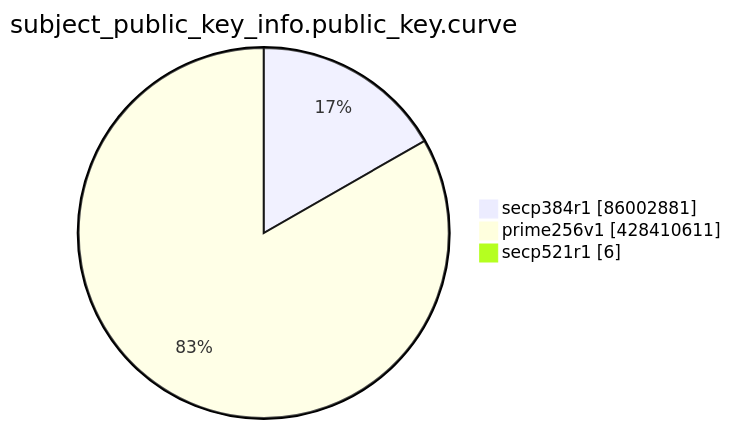
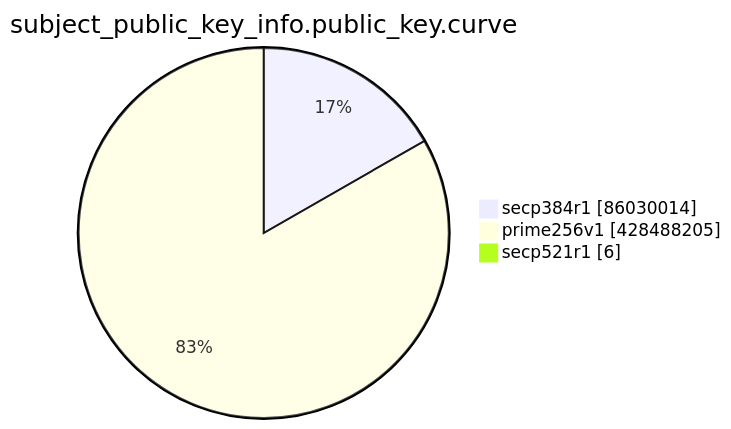
Before and after one commit to christiankrug/ctmonitor_visualization: the eighth of 15 diagrams in TOTAL/README.md, drawn with Mermaid. The commit also changed other lines of this file, not shown here.

````diff
--- a/TOTAL/README.md
+++ b/TOTAL/README.md
@@ -3100,7 +3100,7 @@
 ```mermaid
 pie showData
 title subject_public_key_info.public_key.curve
-"secp384r1" :86002881
-"prime256v1" :428410611
+"secp384r1" :86030014
+"prime256v1" :428488205
 "secp521r1" :6
 ```
````
